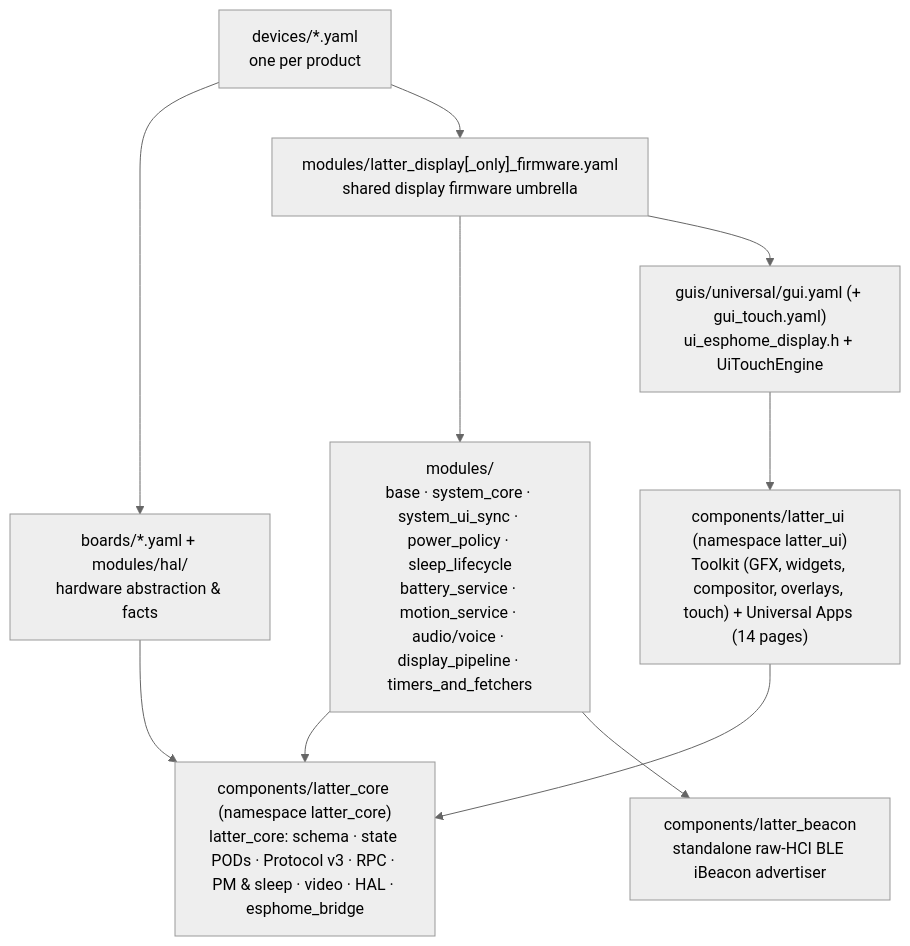
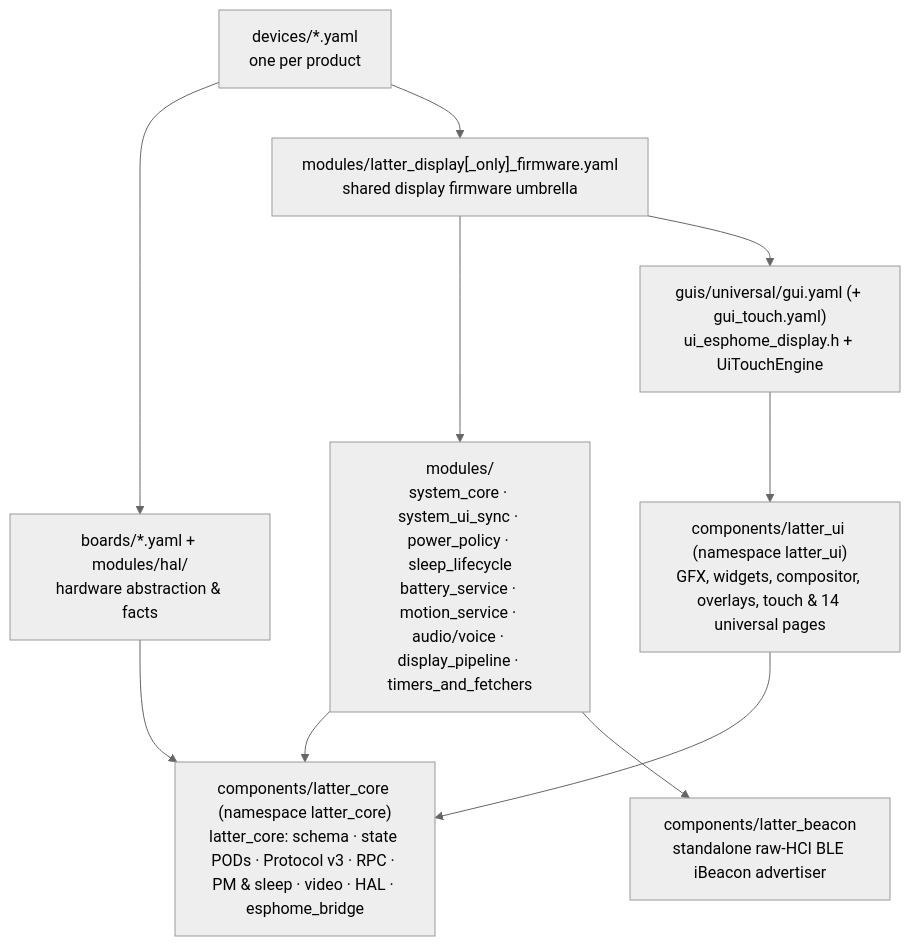
One commit to slampton/esphome-latter-core changed the diagram in docs/architecture.md. Above: the diagram before and after it, drawn with Mermaid (neutral theme). The commit also changed other lines of this file and 67 other files, not shown here.

````diff
--- a/docs/architecture.md
+++ b/docs/architecture.md
@@ -5,12 +5,12 @@
 ```mermaid
 flowchart TD
     D["devices/*.yaml<br/>one per product"] --> B["boards/*.yaml + modules/hal/<br/>hardware abstraction & facts"]
     D --> U["modules/latter_display[_only]_firmware.yaml<br/>shared display firmware umbrella"]
-    U --> M["modules/<br/>base · system_core · system_ui_sync · power_policy · sleep_lifecycle<br/>battery_service · motion_service · audio/voice · display_pipeline · timers_and_fetchers"]
+    U --> M["modules/<br/>system_core · system_ui_sync · power_policy · sleep_lifecycle<br/>battery_service · motion_service · audio/voice · display_pipeline · timers_and_fetchers"]
     U --> G["guis/universal/gui.yaml (+ gui_touch.yaml)<br/>ui_esphome_display.h + UiTouchEngine"]
-    G --> CUI["components/latter_ui (namespace latter_ui)<br/>Toolkit (GFX, widgets, compositor, overlays, touch) + Universal Apps (14 pages)"]
+    G --> CUI["components/latter_ui (namespace latter_ui)<br/>GFX, widgets, compositor, overlays, touch & 14 universal pages"]
     M --> CC["components/latter_core (namespace latter_core)<br/>latter_core: schema · state PODs · Protocol v3 · RPC · PM & sleep · video · HAL · esphome_bridge"]
     M --> CB["components/latter_beacon<br/>standalone raw-HCI BLE iBeacon advertiser"]
     B --> CC
     CUI --> CC
 ```
````
